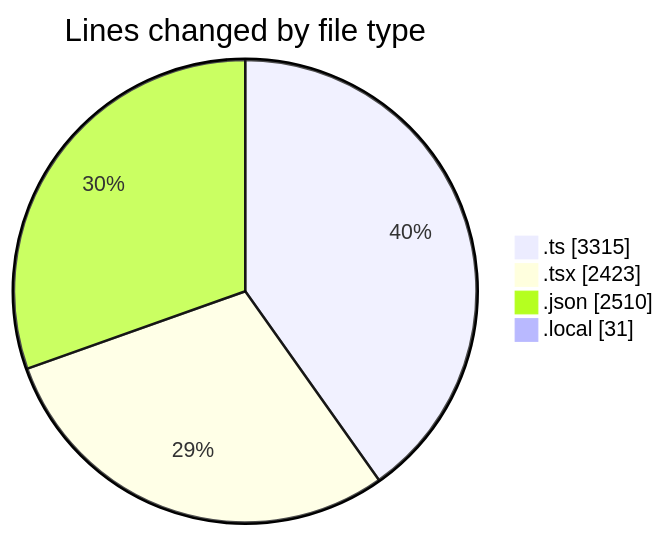
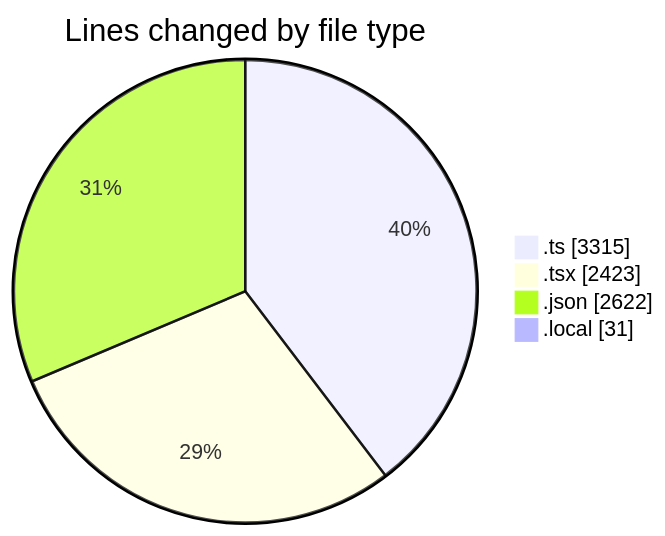
One commit to julien-gomy/code-tracking changed the first of 2 diagrams in 2025-11-10/eventscop-frontend-guide__workspace_/README.md. Above: the diagram before and after it, drawn with Mermaid. The commit also changed other lines of this file and 1 other file, not shown here.

````diff
--- a/2025-11-10/eventscop-frontend-guide__workspace_/README.md
+++ b/2025-11-10/eventscop-frontend-guide__workspace_/README.md
@@ -60,8 +60,8 @@
 ```mermaid
 pie showData
 title Lines changed by file type
 ".ts" : 3315
 ".tsx" : 2423
-".json" : 2510
+".json" : 2622
 ".local" : 31
 ```
````
